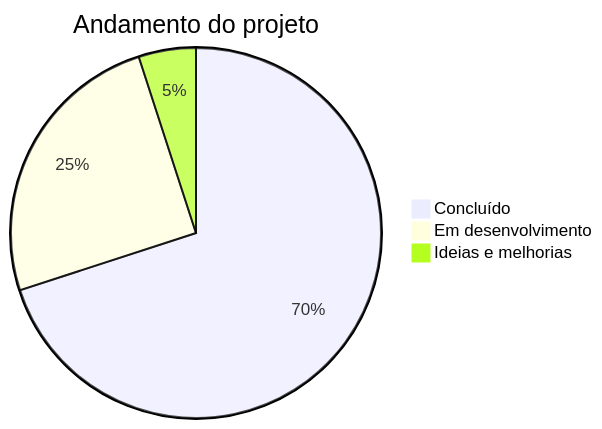
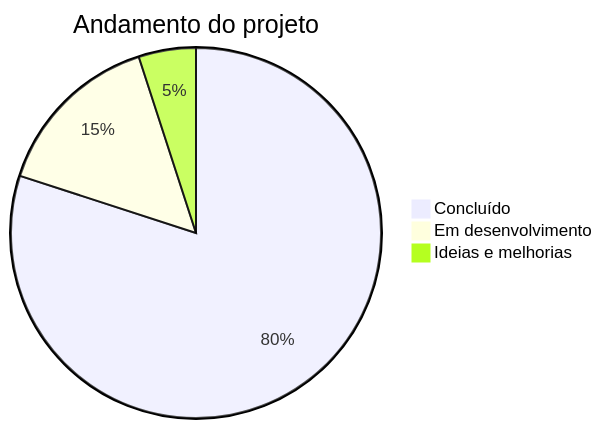
One commit to costa-beatriz/Exercicios_fisicos_e_bem_estar_fisico_mental changed the diagram in README.md. Above: the diagram before and after it, drawn with Mermaid. The commit also changed other lines of this file, not shown here.

````diff
--- a/README.md
+++ b/README.md
@@ -482,6 +482,6 @@
 ```mermaid
 pie title Andamento do projeto
-    "Concluído" : 70
-    "Em desenvolvimento" : 25
+    "Concluído" : 80
+    "Em desenvolvimento" : 15
     "Ideias e melhorias" : 5
 ```
````
